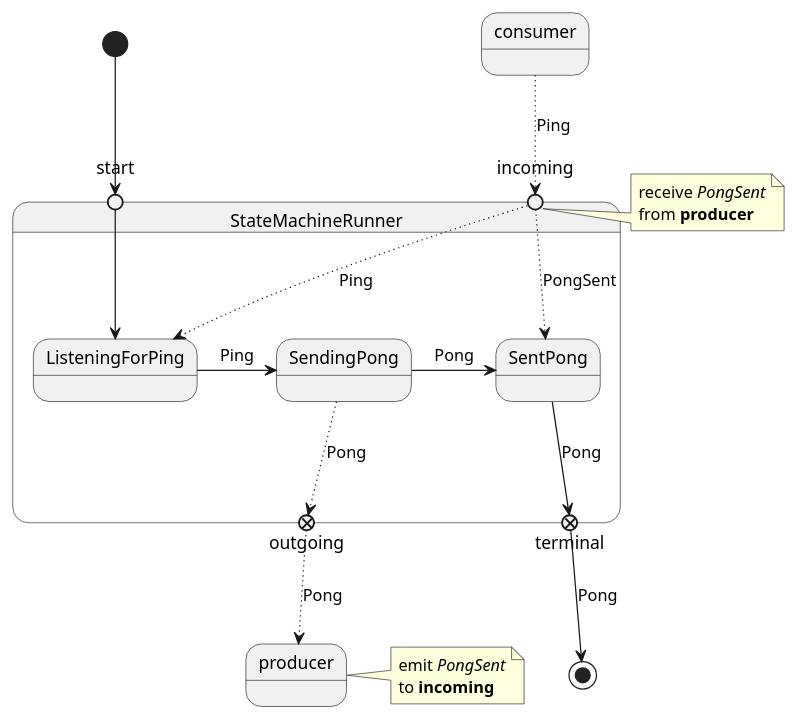
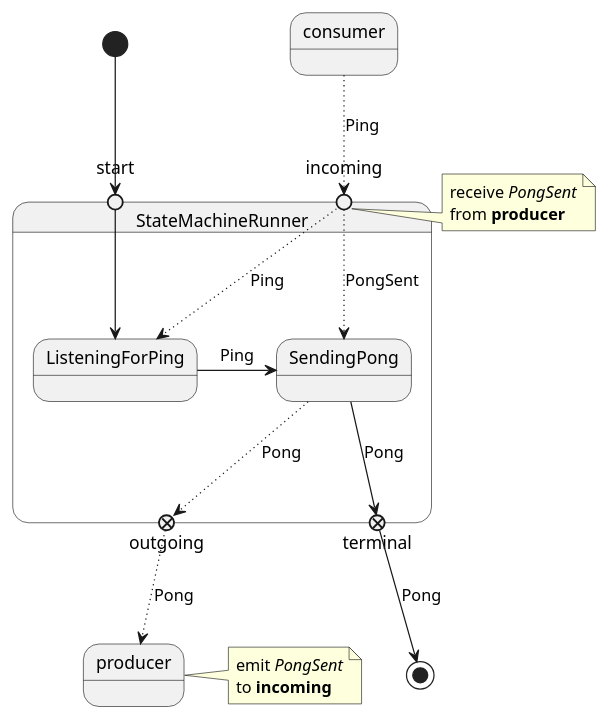
Before and after one commit to peterpaul/kafka-ping-stm: the third of 3 diagrams in README.org, drawn with PlantUML. The commit also changed other lines of this file and 5 other files, not shown here.

```diff
--- a/README.org
+++ b/README.org
@@ -128,25 +128,24 @@
 #+begin_src plantuml :file pong.svg :exports results
   state StateMachineRunner {
           state start <<entryPoint>>
           state incoming <<entryPoint>>
           start --> ListeningForPing
           incoming -[dotted]-> ListeningForPing: Ping
-          incoming -[dotted]-> SentPong: PongSent
+          incoming -[dotted]-> SendingPong: PongSent
           ListeningForPing -> SendingPong: Ping
           SendingPong -[dotted]-> outgoing <<exitPoint>>: Pong
-          SendingPong -> SentPong: Pong
-          SentPong -> terminal <<exitPoint>>: Pong
+          SendingPong --> terminal <<exitPoint>>: Pong
   }
   [*] --> start
   terminal --> [*]: Pong
   consumer -[dotted]-> incoming: Ping
   outgoing -[dotted]-> producer: Pong
   note right of producer
           emit //PongSent//
           to **incoming**
   end note
   note right of incoming
           receive //PongSent//
           from **producer**
   end note
 #+end_src
```
